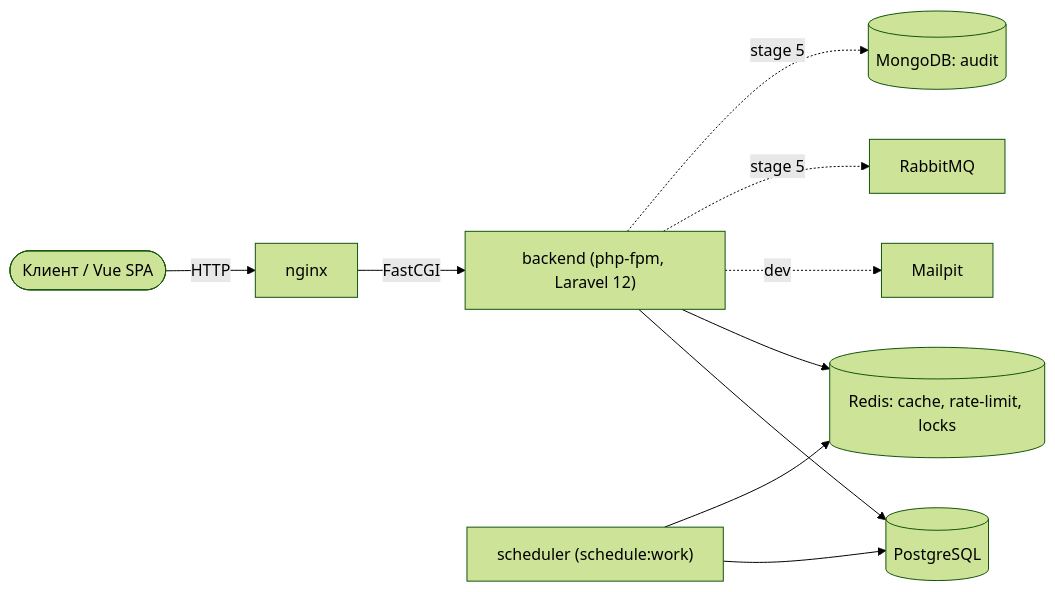
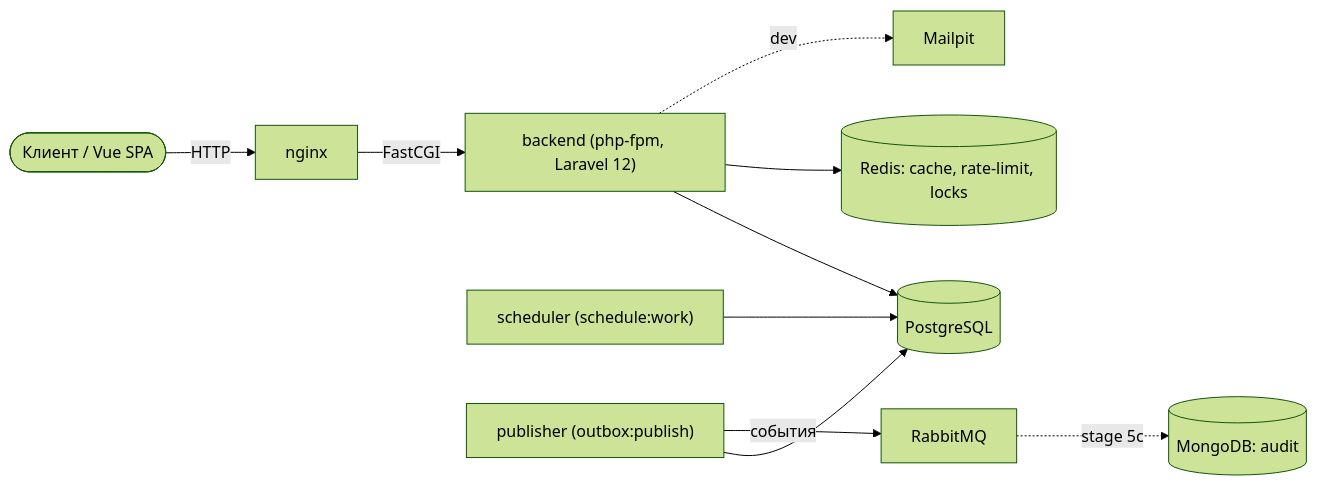
Before and after one commit to azaikina568/docsign-hub: the seventh of 8 diagrams in docs/diagrams.md, drawn with Mermaid (forest theme). The commit also changed other lines of this file and 27 other files, not shown here.

First line of the commit message:
feat(messaging): publish outbox events to RabbitMQ with a worker

````diff
--- a/docs/diagrams.md
+++ b/docs/diagrams.md
@@ -264,13 +264,14 @@
 ```mermaid
 flowchart LR
     Client(["Клиент / Vue SPA"]) -->|HTTP| nginx
     nginx -->|FastCGI| backend["backend (php-fpm, Laravel 12)"]
     scheduler["scheduler (schedule:work)"]
+    publisher["publisher (outbox:publish)"]
     backend --> postgres[("PostgreSQL")]
     backend --> redis[("Redis: cache, rate-limit, locks")]
     scheduler --> postgres
-    scheduler --> redis
+    publisher --> postgres
+    publisher -->|события| rabbitmq["RabbitMQ"]
     backend -.->|dev| mailpit["Mailpit"]
-    backend -.->|stage 5| rabbitmq["RabbitMQ"]
-    backend -.->|stage 5| mongodb[("MongoDB: audit")]
+    rabbitmq -.->|stage 5c| mongodb[("MongoDB: audit")]
 ```
````
